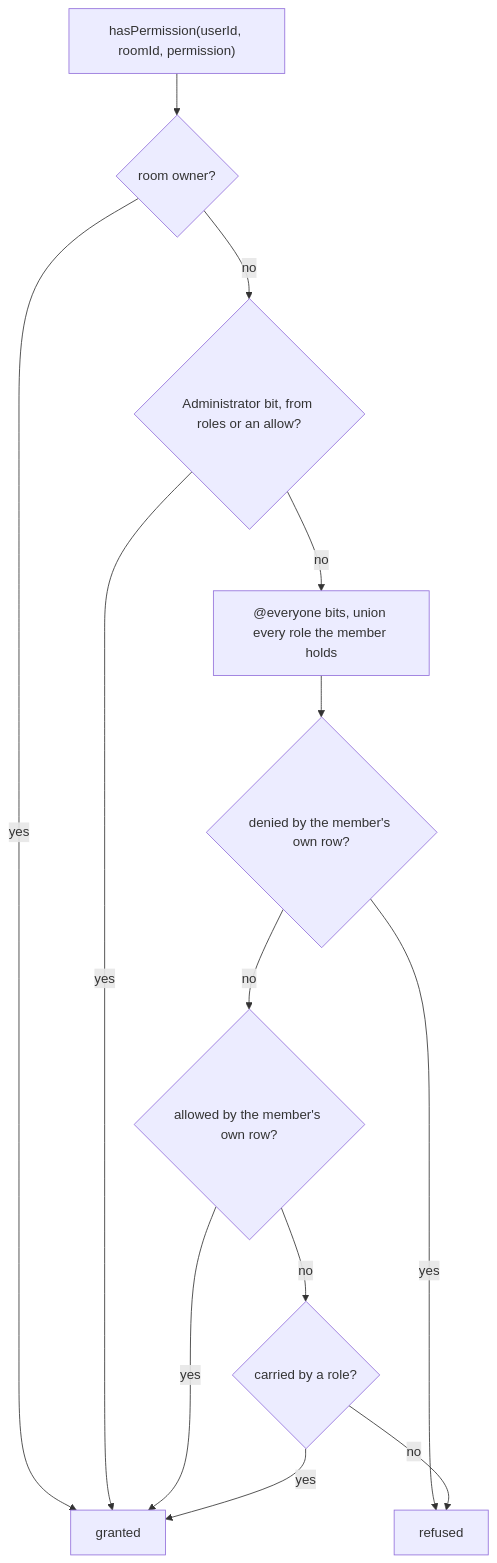
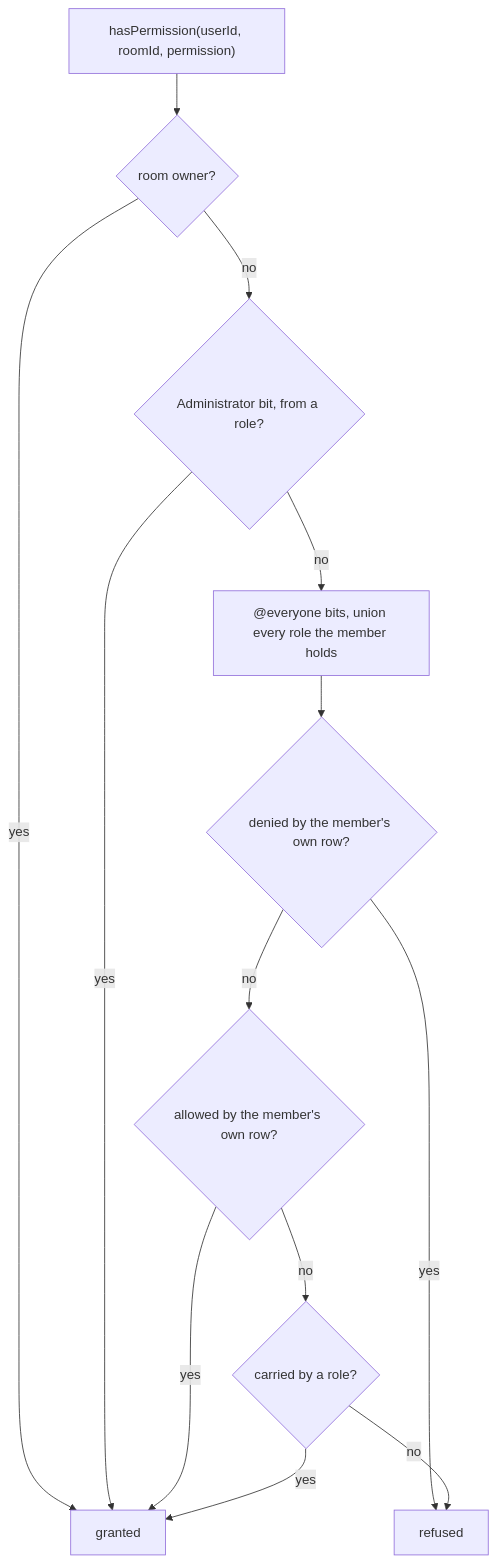
Before and after one commit to Esposter/Esposter: the diagram in packages/app/content/docs/proposals/esbabbler/member-permission-overrides.md, drawn with Mermaid. The commit also changed 1 other file, not shown here.

Commit message:
fix(slide-indicator): key the remeasure watch on an encoding keys cannot collide in
Joining on a comma let two distinct key arrays share one watch value, so a
selection change between them skipped the remeasure and left stale geometry.

The proposal's resolution diagram also read "from roles or an allow", which
contradicted the prose one section down saying an override never reaches
Administrator.

````diff
--- a/packages/app/content/docs/proposals/esbabbler/member-permission-overrides.md
+++ b/packages/app/content/docs/proposals/esbabbler/member-permission-overrides.md
@@ -24,15 +24,15 @@
 ```mermaid
 flowchart TD
   ask["hasPermission(userId, roomId, permission)"] --> owner{"room owner?"}
   owner -->|yes| yes["granted"]
-  owner -->|no| admin{"Administrator bit, from roles or an allow?"}
+  owner -->|no| admin{"Administrator bit, from a role?"}
   admin -->|yes| yes
   admin -->|no| base["@everyone bits, union every role the member holds"]
   base --> deny{"denied by the member's own row?"}
   deny -->|yes| no["refused"]
   deny -->|no| allow{"allowed by the member's own row?"}
   allow -->|yes| yes
   allow -->|no| roles{"carried by a role?"}
   roles -->|yes| yes
   roles -->|no| no
 ```
````
